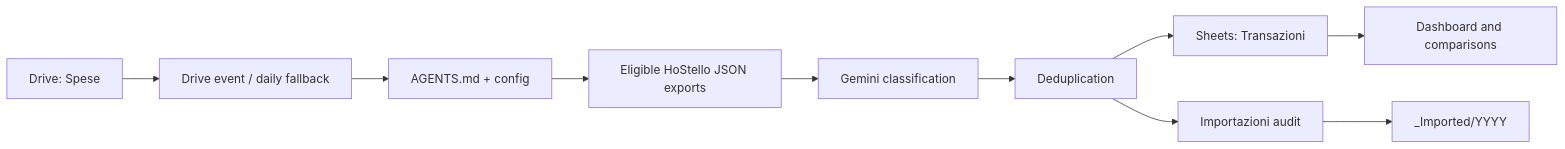
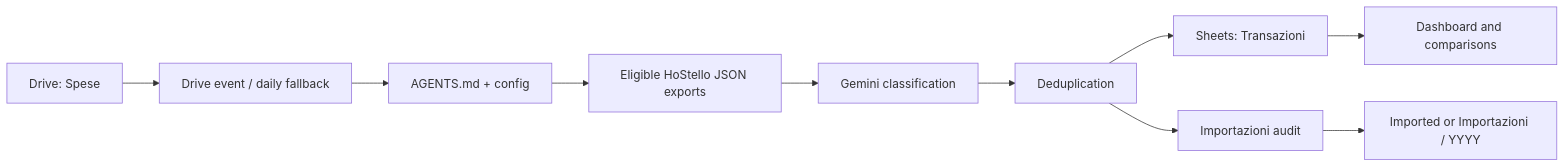
One commit to marcomc/Google-Drive-Expenses-Cataloger changed the diagram in README.md. Above: the diagram before and after it, drawn with Mermaid. The commit also changed 18 other files, not shown here.

````diff
--- a/README.md
+++ b/README.md
@@ -20,12 +20,12 @@
 ```mermaid
 flowchart LR
   folder["Drive: Spese"] --> event["Drive event / daily fallback"]
   event --> policy["AGENTS.md + config"]
   policy --> json["Eligible HoStello JSON exports"]
   json --> ai["Gemini classification"]
   ai --> dedupe["Deduplication"]
   dedupe --> ledger["Sheets: Transazioni"]
   ledger --> dashboard["Dashboard and comparisons"]
   dedupe --> audit["Importazioni audit"]
-  audit --> archive["_Imported/YYYY"]
+  audit --> archive["Imported or Importazioni / YYYY"]
 ```
````
